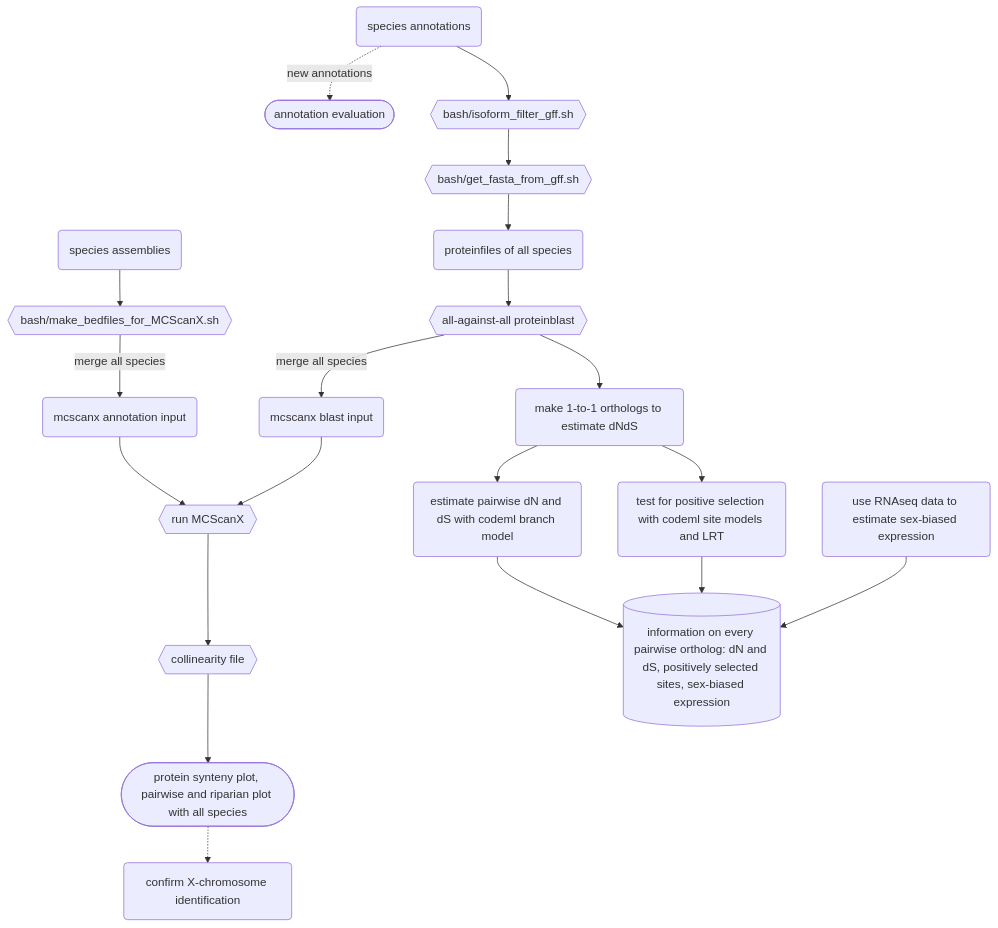
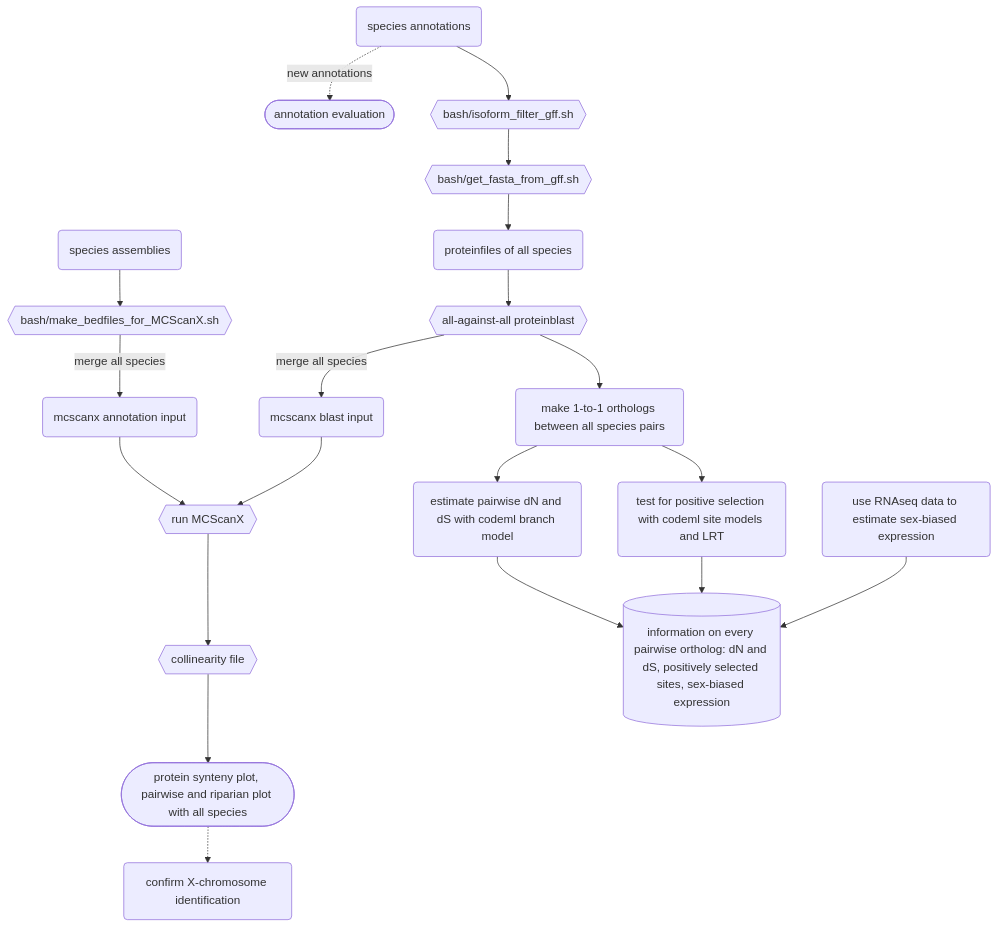
One commit to milena-t/PhD_chapter3 changed the diagram in README.md. Above: the diagram before and after it, drawn with Mermaid.

````diff
--- a/README.md
+++ b/README.md
@@ -152,31 +152,31 @@
 ```mermaid
 graph TD;
     species_Ass(species assemblies);
     species_Ass --> simplified_bed{{bash/make_bedfiles_for_MCScanX.sh}};
     simplified_bed -- merge all species --> mcscanx_bed(mcscanx annotation input);
     
     species_Ann(species annotations);
     species_Ann -. new annotations .-> BUSCO([annotation evaluation]);
     species_Ann --> is_filter{{bash/isoform_filter_gff.sh}};
     is_filter --> get_prot{{bash/get_fasta_from_gff.sh}};
     get_prot --> protfiles(proteinfiles of all species);
     protfiles --> blast{{all-against-all proteinblast}};
     blast -- merge all species --> mcscanx_blast(mcscanx blast input);
 
     mcscanx_bed --> run_mcscanx{{run MCScanX}};
     mcscanx_blast --> run_mcscanx
     run_mcscanx --> mcscanx_out{{collinearity file}}
     mcscanx_out --> mcscanx_plot([protein synteny plot, pairwise and riparian plot with all species])
     mcscanx_plot .-> conf_X(confirm X-chromosome identification)
     
-    blast --> dNdS_groups(make 1-to-1 orthologs to estimate dNdS);
+    blast --> dNdS_groups(make 1-to-1 orthologs between all species pairs);
 
     dNdS_groups --> basicFastX(estimate pairwise dN and dS with codeml branch model);
     dNdS_groups --> posSel(test for positive selection with codeml site models and LRT);
     sexbias(use RNAseq data to estimate sex-biased expression)
 
     basicFastX --> summary[(information on every pairwise ortholog: dN and dS, positively selected sites, sex-biased expression)]
     posSel --> summary
     sexbias --> summary
-    
+
 ```   
````
